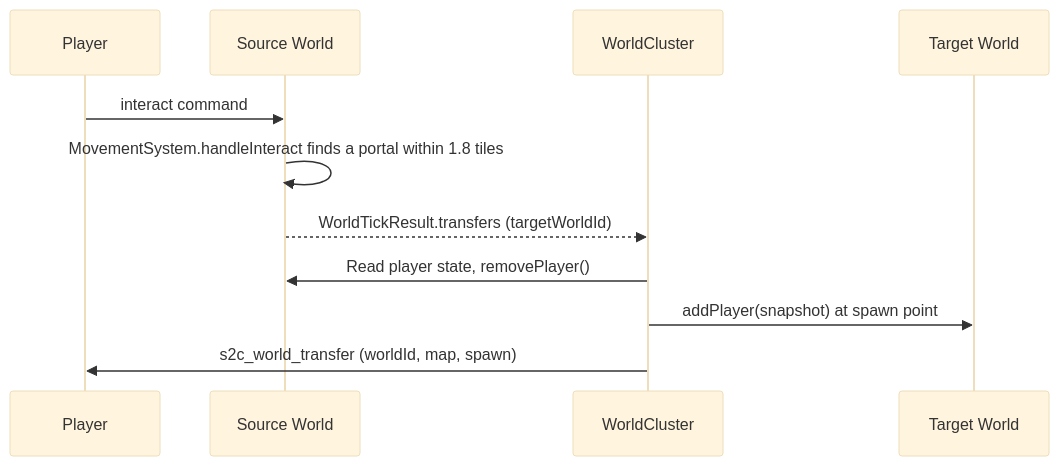
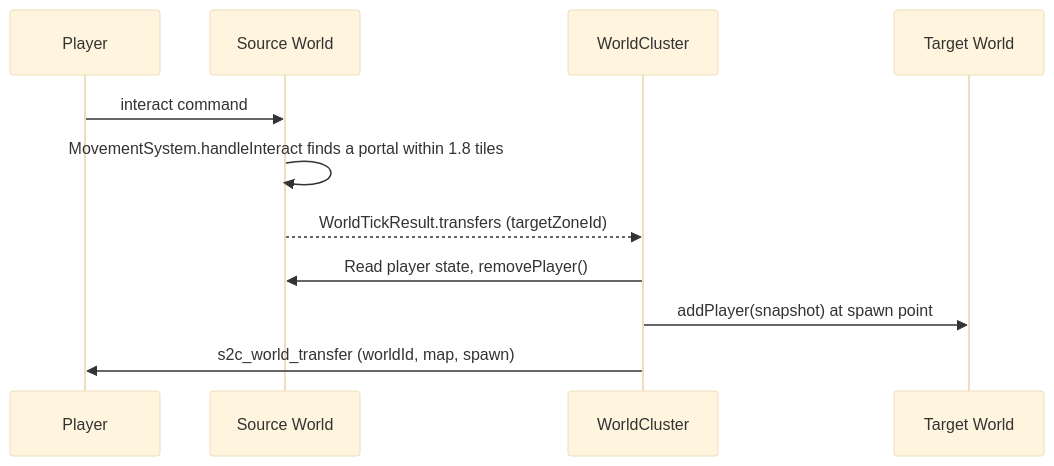
One commit to bigabig/mmoexile changed the third of 4 diagrams in docs/ARCHITECTURE.md. Above: the diagram before and after it, drawn with Mermaid (base theme). The commit also changed other lines of this file and 22 other files, not shown here.

````diff
--- a/docs/ARCHITECTURE.md
+++ b/docs/ARCHITECTURE.md
@@ -158,14 +158,14 @@
 ```mermaid
 sequenceDiagram
     participant Player
     participant Source as Source World
     participant Cluster as WorldCluster
     participant Target as Target World
 
     Player->>Source: interact command
     Source->>Source: MovementSystem.handleInteract finds a portal within 1.8 tiles
-    Source-->>Cluster: WorldTickResult.transfers (targetWorldId)
+    Source-->>Cluster: WorldTickResult.transfers (targetZoneId)
     Cluster->>Source: Read player state, removePlayer()
     Cluster->>Target: addPlayer(snapshot) at spawn point
     Cluster->>Player: s2c_world_transfer (worldId, map, spawn)
 ```
````
